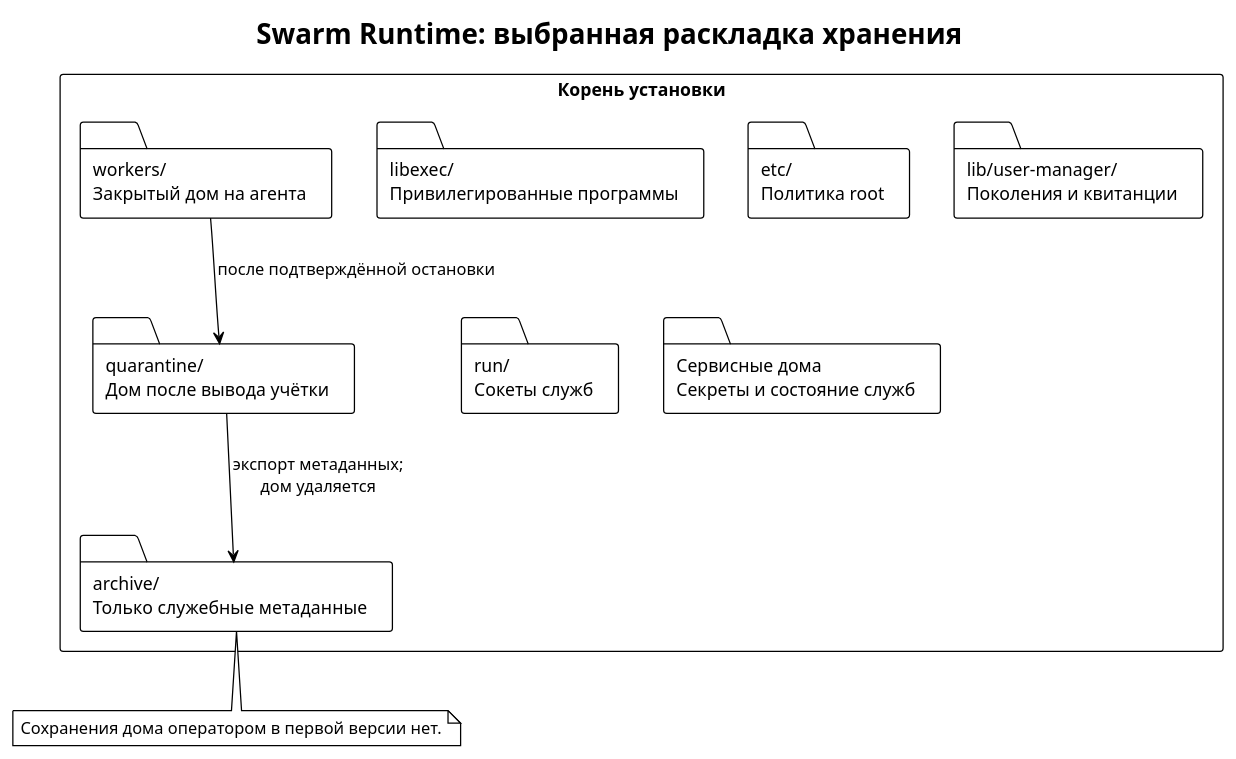
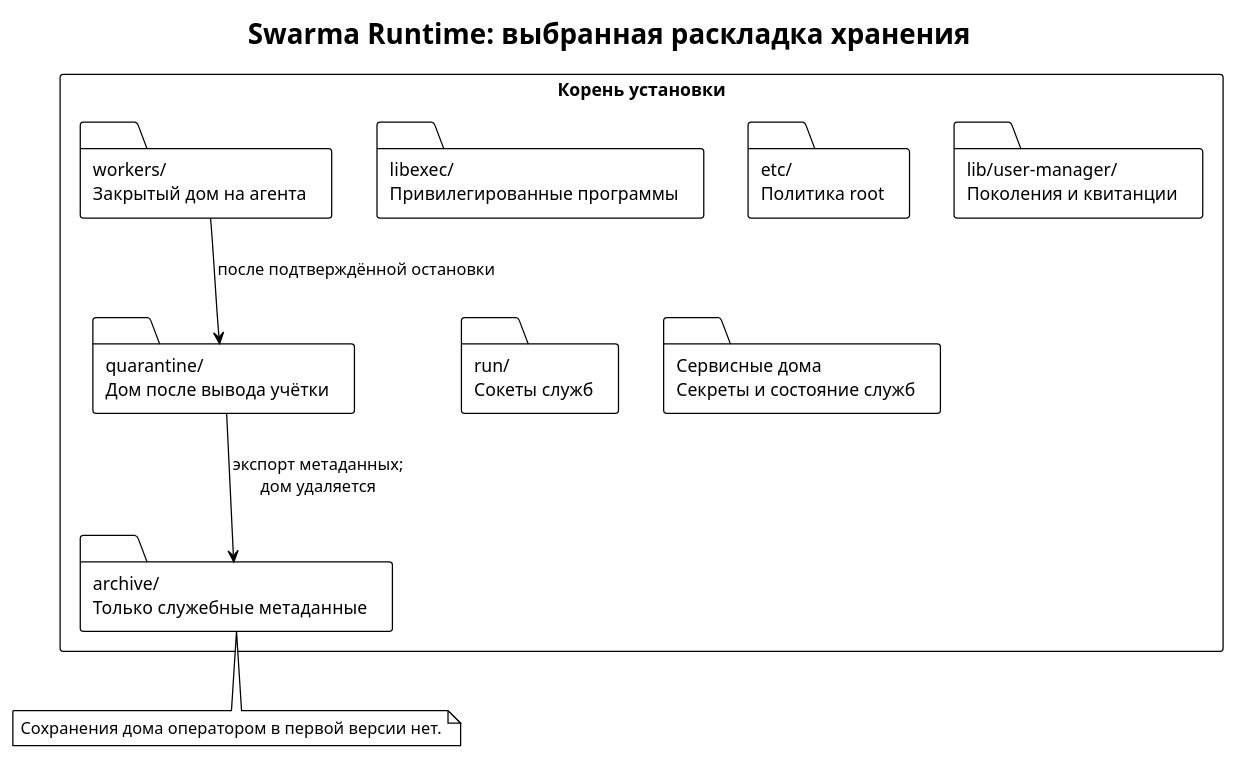
The diagram in book/src/platform-storage-layout.puml (relux-works/swarma-docs), drawn with PlantUML before and after one commit. The commit also changed 61 other files, not shown here.

```diff
--- a/book/src/platform-storage-layout.puml
+++ b/book/src/platform-storage-layout.puml
@@ -1,22 +1,22 @@
 @startuml platform-storage-layout
 !theme plain
 skinparam defaultFontName "PT Sans"
 skinparam shadowing false
 skinparam packageStyle rectangle
-title Swarm Runtime: выбранная раскладка хранения
+title Swarma Runtime: выбранная раскладка хранения
 package "Корень установки" {
   folder "libexec/\nПривилегированные программы" as BIN
   folder "etc/\nПолитика root" as ETC
   folder "lib/user-manager/\nПоколения и квитанции" as LEDGER
   folder "run/\nСокеты служб" as RUN
   folder "Сервисные дома\nСекреты и состояние служб" as SERVICES
   folder "workers/\nЗакрытый дом на агента" as WORKERS
   folder "quarantine/\nДом после вывода учётки" as QUAR
   folder "archive/\nТолько служебные метаданные" as ARCH
 }
 WORKERS --> QUAR : после подтверждённой остановки
 QUAR --> ARCH : экспорт метаданных;\nдом удаляется
 note bottom of ARCH
   Сохранения дома оператором в первой версии нет.
 end note
 @enduml
```
